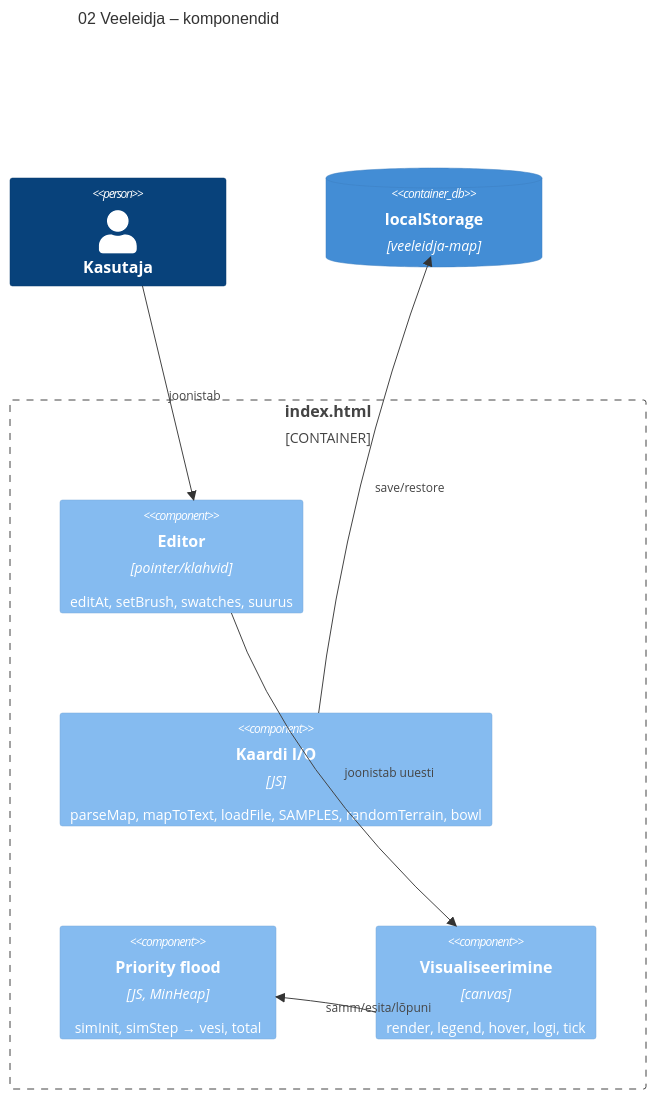
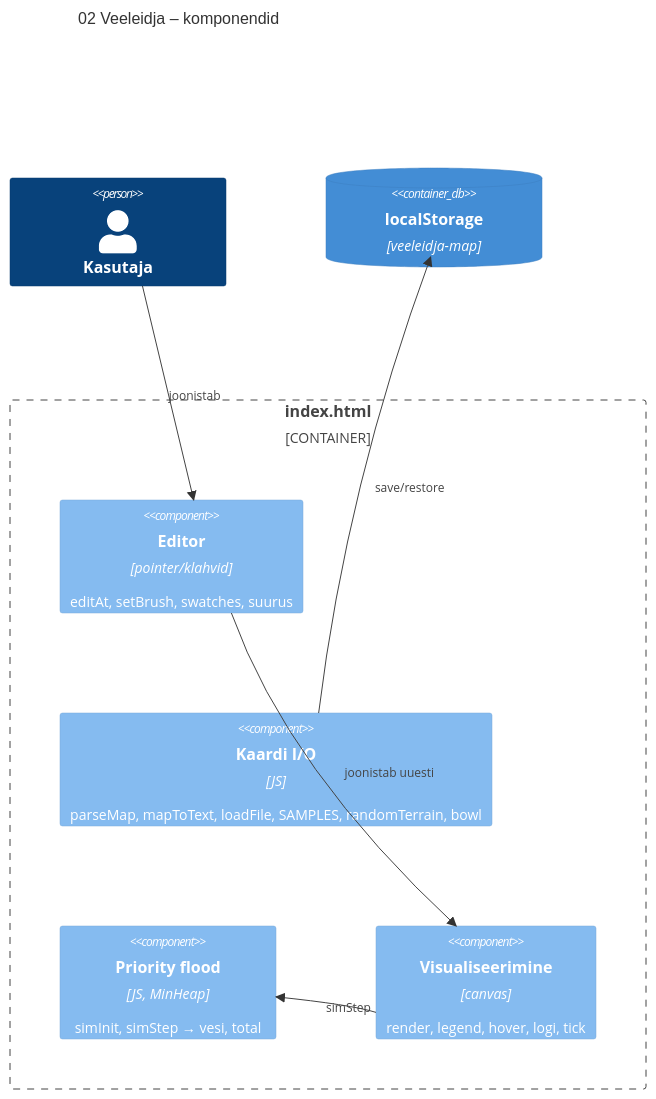
Before and after one commit to karelkan/agentne-arendus: the diagram in docs/c4/L3-02-veeleidja.md, drawn with Mermaid. The commit also changed 9 other files, not shown here.

````diff
--- a/docs/c4/L3-02-veeleidja.md
+++ b/docs/c4/L3-02-veeleidja.md
@@ -4,16 +4,16 @@
 ```mermaid
 C4Component
 title 02 Veeleidja – komponendid
 Person(user, "Kasutaja")
 Container_Boundary(app, "index.html", "HTML/CSS/JS + canvas") {
   Component(ed, "Editor", "pointer/klahvid", "editAt, setBrush, swatches, suurus")
   Component(io, "Kaardi I/O", "JS", "parseMap, mapToText, loadFile, SAMPLES, randomTerrain, bowl")
   Component(sim, "Priority flood", "JS, MinHeap", "simInit, simStep → vesi, total")
   Component(view, "Visualiseerimine", "canvas", "render, legend, hover, logi, tick")
 }
 ContainerDb(ls, "localStorage", "veeleidja-map")
 Rel(user, ed, "joonistab")
 Rel(ed, view, "joonistab uuesti")
 Rel(io, ls, "save/restore")
-Rel(view, sim, "samm/esita/lõpuni")
+Rel(view, sim, "simStep")
 ```
````
